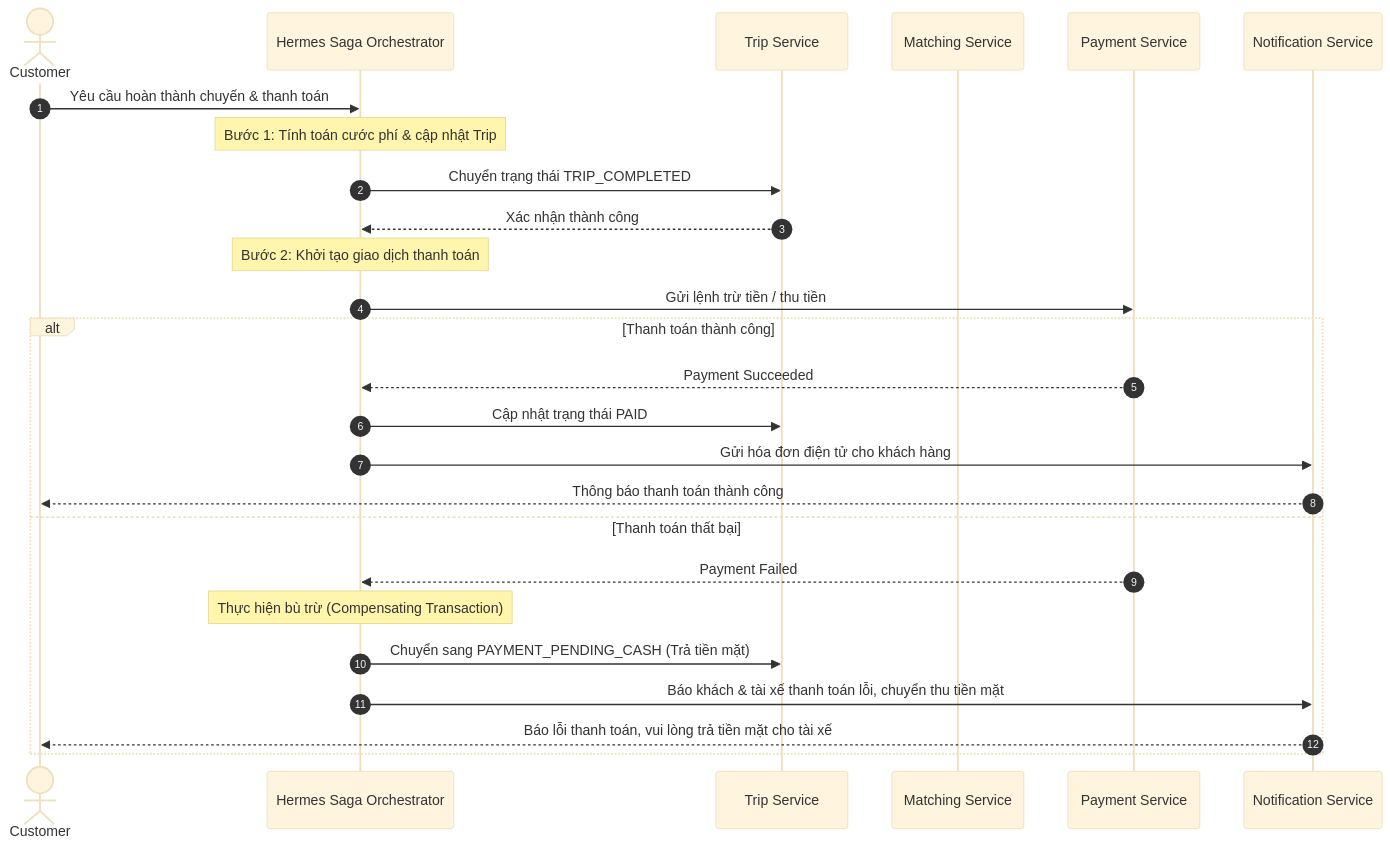
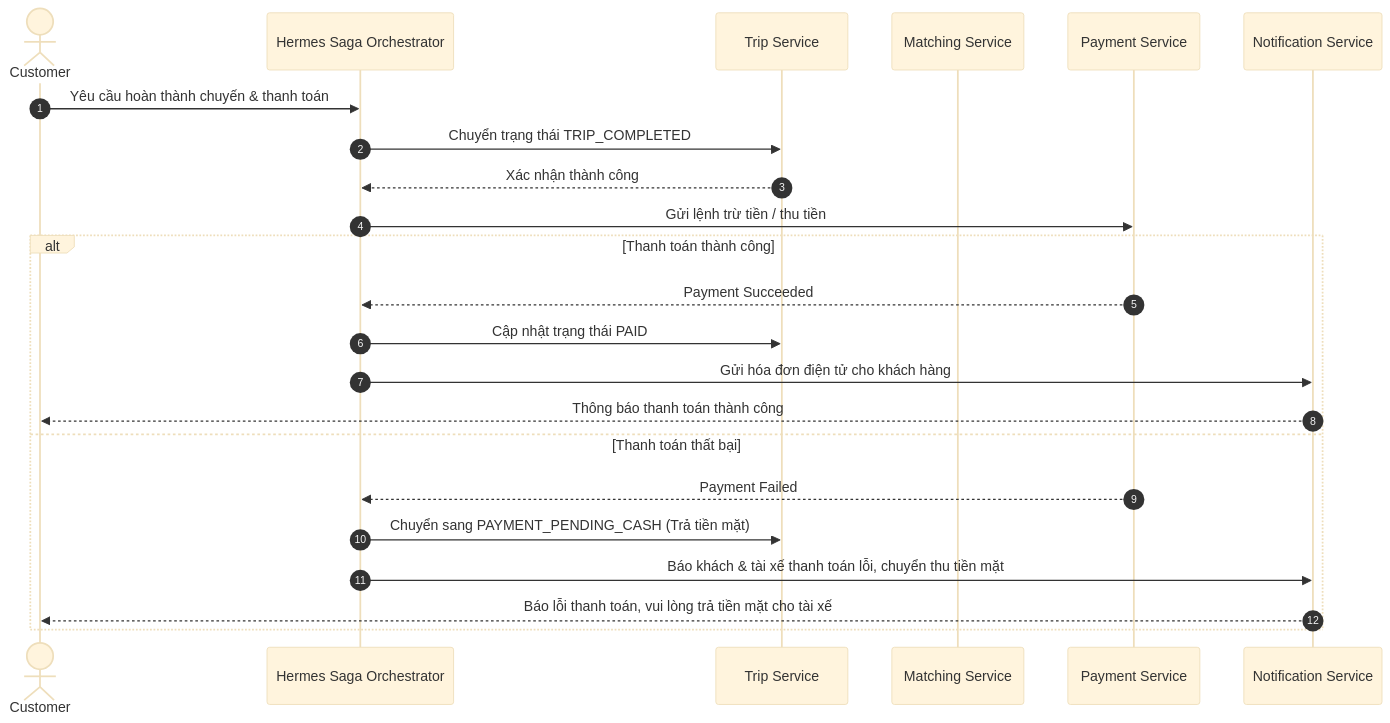
One commit to NguyenDinhHao1709/22713431_NguyenDinhHao_CABSYSTEM changed diagram 13 of 14 in SRS.md. Above: the diagram before and after it, drawn with Mermaid (base theme). The commit also changed other lines of this file and 1 other file, not shown here.

Commit message:
docs: finalize SRS with BRULE, NFR, Detailed Use Cases and ERD Data Model

````diff
--- a/SRS.md
+++ b/SRS.md
@@ -761,30 +986,27 @@
 ```mermaid
 sequenceDiagram
     autonumber
     actor Customer
     participant HermesSaga as Hermes Saga Orchestrator
     participant TripSvc as Trip Service
     participant MatchSvc as Matching Service
     participant PaySvc as Payment Service
     participant NotiSvc as Notification Service
 
     Customer->>HermesSaga: Yêu cầu hoàn thành chuyến & thanh toán
-    Note over HermesSaga: Bước 1: Tính toán cước phí & cập nhật Trip
     HermesSaga->>TripSvc: Chuyển trạng thái TRIP_COMPLETED
     TripSvc-->>HermesSaga: Xác nhận thành công
 
-    Note over HermesSaga: Bước 2: Khởi tạo giao dịch thanh toán
     HermesSaga->>PaySvc: Gửi lệnh trừ tiền / thu tiền
     alt Thanh toán thành công
         PaySvc-->>HermesSaga: Payment Succeeded
         HermesSaga->>TripSvc: Cập nhật trạng thái PAID
         HermesSaga->>NotiSvc: Gửi hóa đơn điện tử cho khách hàng
         NotiSvc-->>Customer: Thông báo thanh toán thành công
     else Thanh toán thất bại
         PaySvc-->>HermesSaga: Payment Failed
-        Note over HermesSaga: Thực hiện bù trừ (Compensating Transaction)
         HermesSaga->>TripSvc: Chuyển sang PAYMENT_PENDING_CASH (Trả tiền mặt)
         HermesSaga->>NotiSvc: Báo khách & tài xế thanh toán lỗi, chuyển thu tiền mặt
         NotiSvc-->>Customer: Báo lỗi thanh toán, vui lòng trả tiền mặt cho tài xế
     end
 ```
````
